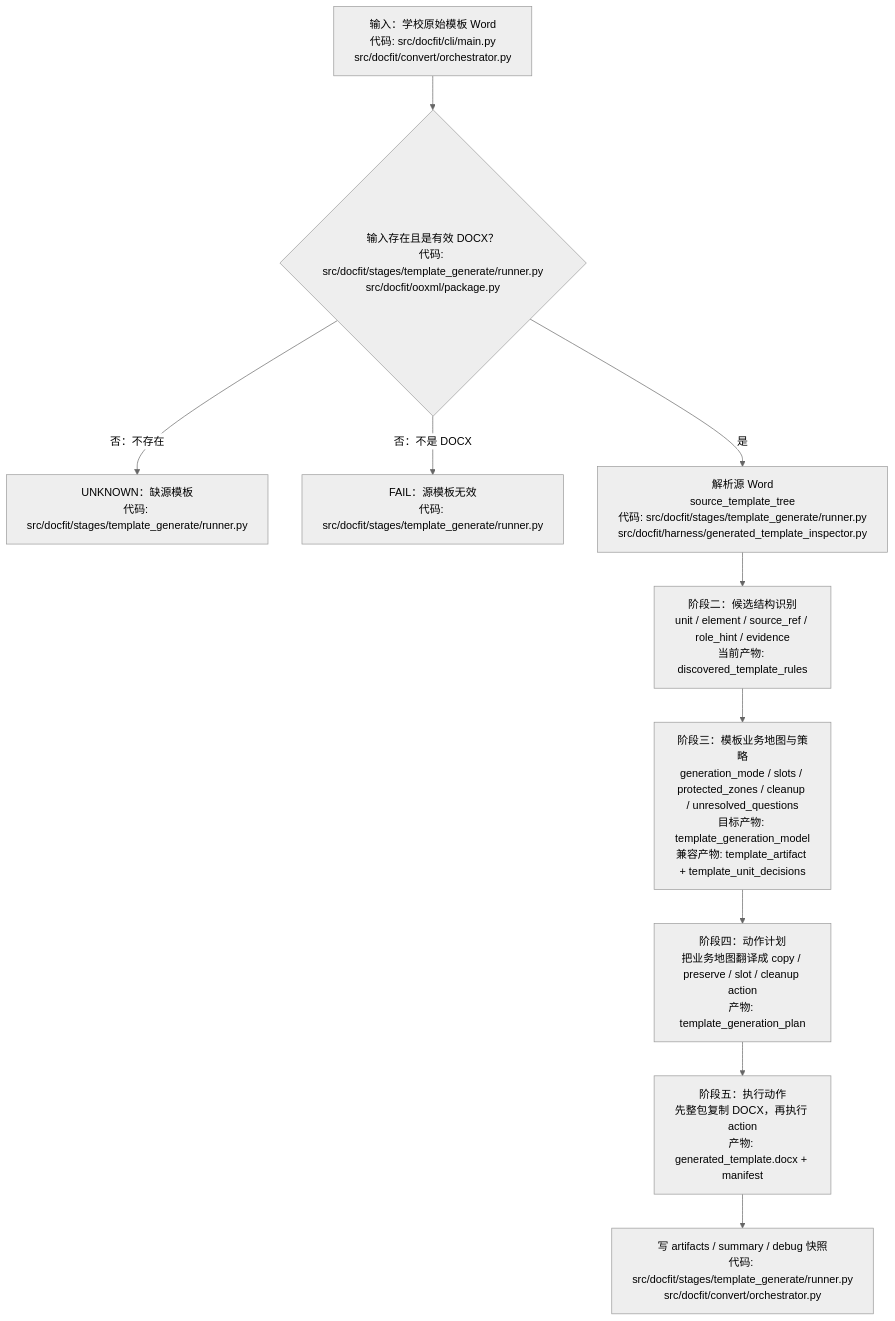
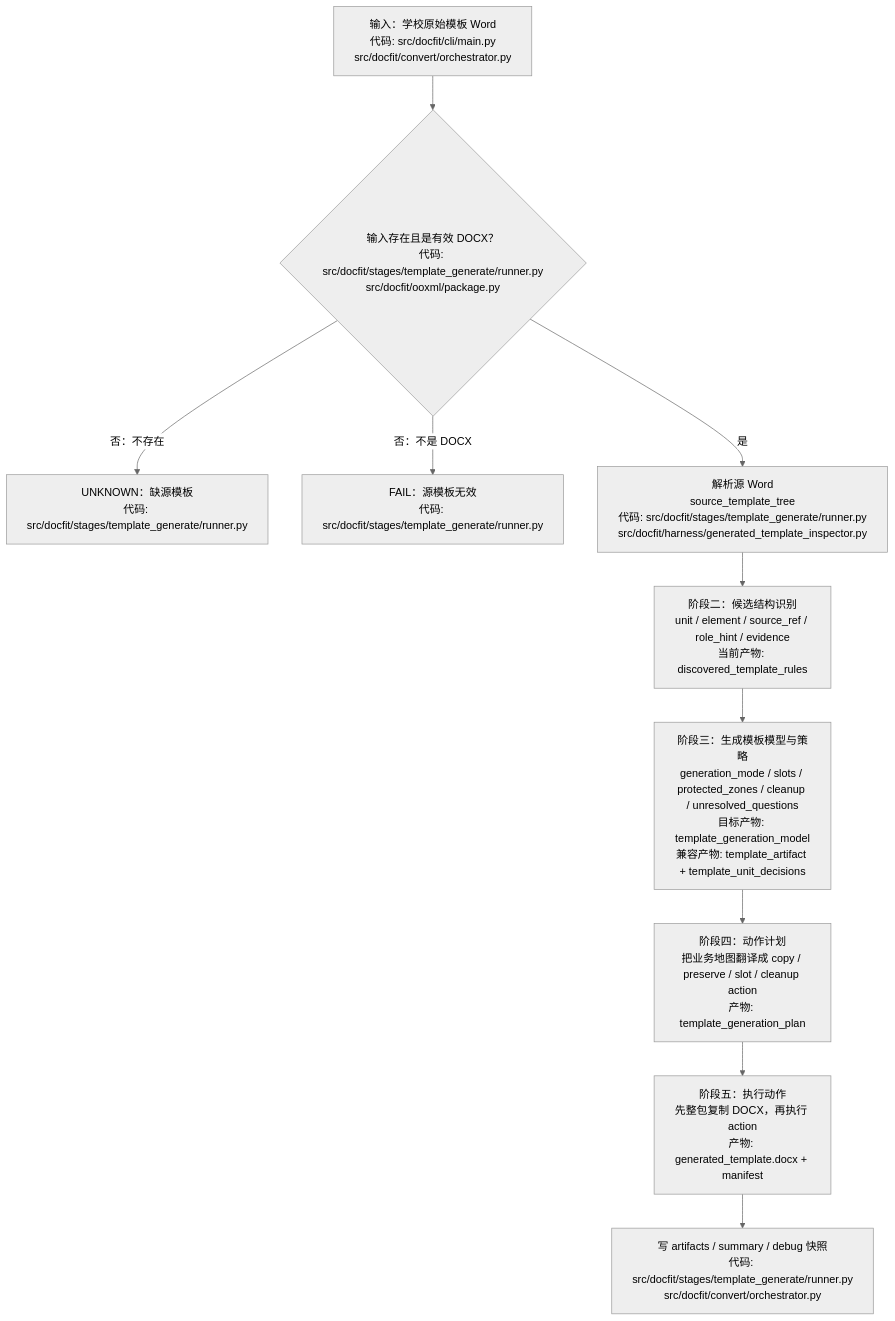
One commit to bamao88/docfit_v3 changed the first of 2 diagrams in docs/plans/template-generation-flow-optimization.md. Above: the diagram before and after it, drawn with Mermaid (neutral theme). The commit also changed other lines of this file, not shown here.

Commit message:
docs: align template generation flow stages

````diff
--- a/docs/plans/template-generation-flow-optimization.md
+++ b/docs/plans/template-generation-flow-optimization.md
@@ -162,12 +162,12 @@
 ```mermaid
 flowchart TD
   A["输入：学校原始模板 Word<br/>代码: src/docfit/cli/main.py<br/>src/docfit/convert/orchestrator.py"] --> B{"输入存在且是有效 DOCX？<br/>代码: src/docfit/stages/template_generate/runner.py<br/>src/docfit/ooxml/package.py"}
   B -->|否：不存在| U["UNKNOWN：缺源模板<br/>代码: src/docfit/stages/template_generate/runner.py"]
   B -->|否：不是 DOCX| V["FAIL：源模板无效<br/>代码: src/docfit/stages/template_generate/runner.py"]
   B -->|是| C["解析源 Word<br/>source_template_tree<br/>代码: src/docfit/stages/template_generate/runner.py<br/>src/docfit/harness/generated_template_inspector.py"]
   C --> D["阶段二：候选结构识别<br/>unit / element / source_ref / role_hint / evidence<br/>当前产物: discovered_template_rules"]
-  D --> E["阶段三：模板业务地图与策略<br/>generation_mode / slots / protected_zones / cleanup / unresolved_questions<br/>目标产物: template_generation_model<br/>兼容产物: template_artifact + template_unit_decisions"]
+  D --> E["阶段三：生成模板模型与策略<br/>generation_mode / slots / protected_zones / cleanup / unresolved_questions<br/>目标产物: template_generation_model<br/>兼容产物: template_artifact + template_unit_decisions"]
   E --> F["阶段四：动作计划<br/>把业务地图翻译成 copy / preserve / slot / cleanup action<br/>产物: template_generation_plan"]
   F --> G["阶段五：执行动作<br/>先整包复制 DOCX，再执行 action<br/>产物: generated_template.docx + manifest"]
   G --> H["写 artifacts / summary / debug 快照<br/>代码: src/docfit/stages/template_generate/runner.py<br/>src/docfit/convert/orchestrator.py"]
 ```
````
